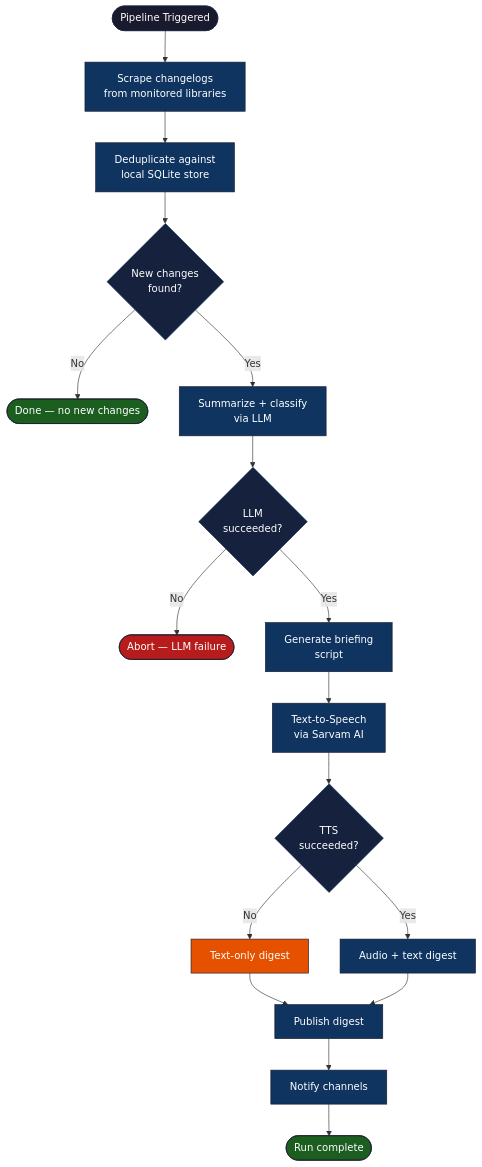
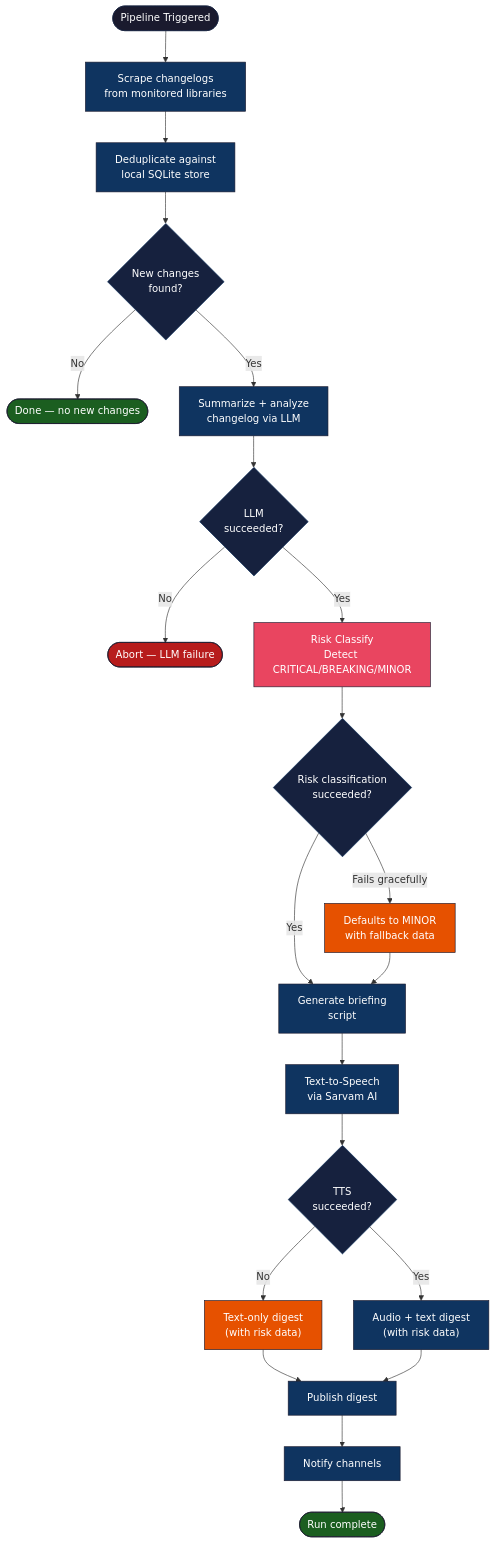
Before and after one commit to Krishnav1237/devbrief: the fourth of 5 diagrams in README.md, drawn with Mermaid. The commit also changed other lines of this file and 22 other files, not shown here.

````diff
--- a/README.md
+++ b/README.md
@@ -310,30 +541,36 @@
 ```mermaid
 flowchart TD
     START(["Pipeline Triggered"]):::start --> SCRAPE["Scrape changelogs\nfrom monitored libraries"]:::core
     SCRAPE --> DEDUP["Deduplicate against\nlocal SQLite store"]:::core
 
     DEDUP --> CHECK1{"New changes\nfound?"}:::decision
     CHECK1 -- "No" --> DONE1(["Done — no new changes"]):::success
-    CHECK1 -- "Yes" --> SUMMARIZE["Summarize + classify\nvia LLM"]:::core
+    CHECK1 -- "Yes" --> SUMMARIZE["Summarize + analyze\nchangelog via LLM"]:::core
 
     SUMMARIZE --> CHECK2{"LLM\nsucceeded?"}:::decision
     CHECK2 -- "No" --> FAIL(["Abort — LLM failure"]):::failure
-    CHECK2 -- "Yes" --> SCRIPT["Generate briefing\nscript"]:::core
+    CHECK2 -- "Yes" --> RISKCLASS["Risk Classify\nDetect CRITICAL/BREAKING/MINOR"]:::classifier
+
+    RISKCLASS --> CHECK_RC{"Risk classification\nsucceeded?"}:::decision
+    CHECK_RC -- "Fails gracefully" --> RISKFAIL["Defaults to MINOR\nwith fallback data"]:::fallback
+    CHECK_RC -- "Yes" --> SCRIPT["Generate briefing\nscript"]:::core
+    RISKFAIL --> SCRIPT
 
     SCRIPT --> TTS["Text-to-Speech\nvia Sarvam AI"]:::core
     TTS --> CHECK3{"TTS\nsucceeded?"}:::decision
-    CHECK3 -- "No" --> TEXTONLY["Text-only digest"]:::fallback
-    CHECK3 -- "Yes" --> AUDIO["Audio + text digest"]:::core
+    CHECK3 -- "No" --> TEXTONLY["Text-only digest\n(with risk data)"]:::fallback
+    CHECK3 -- "Yes" --> AUDIO["Audio + text digest\n(with risk data)"]:::core
 
     TEXTONLY --> PUBLISH["Publish digest"]:::core
     AUDIO --> PUBLISH
     PUBLISH --> NOTIFY["Notify channels"]:::core
     NOTIFY --> DONE2(["Run complete"]):::success
 
     classDef start fill:#1a1a2e,color:#ffffff,stroke:#16213e
     classDef core fill:#0f3460,color:#ffffff,stroke:#1a1a2e
+    classDef classifier fill:#e94560,color:#ffffff,stroke:#1a1a2e
     classDef decision fill:#16213e,color:#ffffff,stroke:#0f3460
     classDef success fill:#1b5e20,color:#ffffff,stroke:#1a1a2e
     classDef failure fill:#b71c1c,color:#ffffff,stroke:#1a1a2e
     classDef fallback fill:#e65100,color:#ffffff,stroke:#1a1a2e
 ```
````
